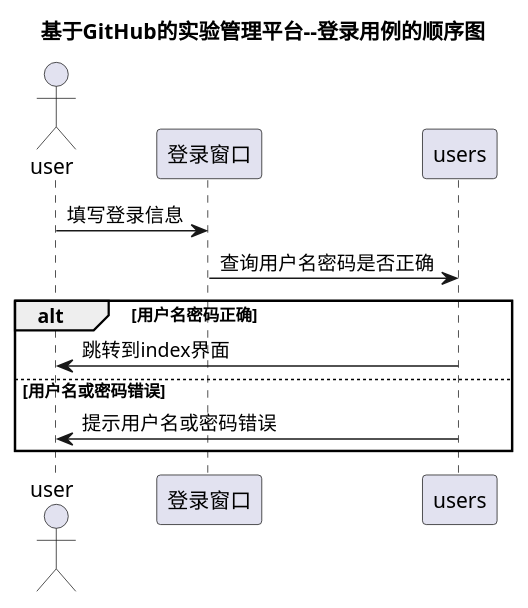
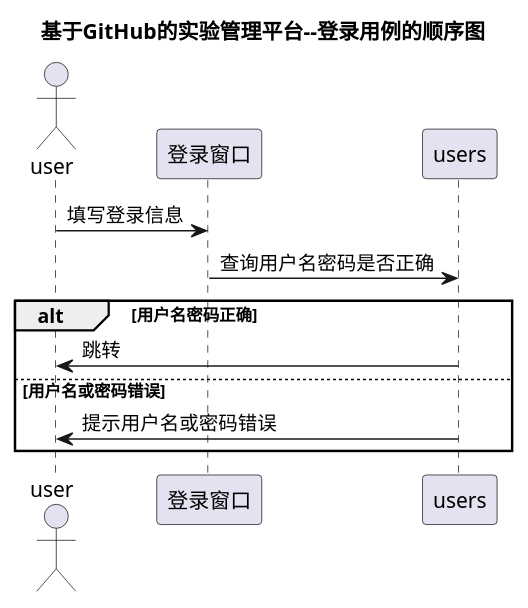
One commit to wjcml/is_analysis changed the diagram in test6/src/登录.puml. Above: the diagram before and after it, drawn with PlantUML.

```diff
--- a/test6/src/登录.puml
+++ b/test6/src/登录.puml
@@ -2,11 +2,11 @@
 @startuml
 title 基于GitHub的实验管理平台--登录用例的顺序图
 actor user
 user -> 登录窗口: 填写登录信息
 登录窗口 ->users:查询用户名密码是否正确
 alt 用户名密码正确
-    users->user:跳转到index界面
+    users->user:跳转
 else 用户名或密码错误
     users->user:提示用户名或密码错误
 end
 @enduml
```
